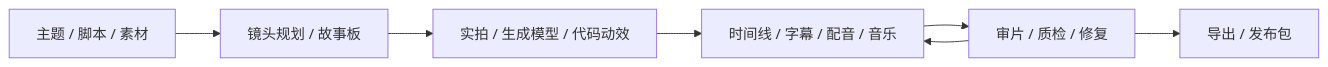
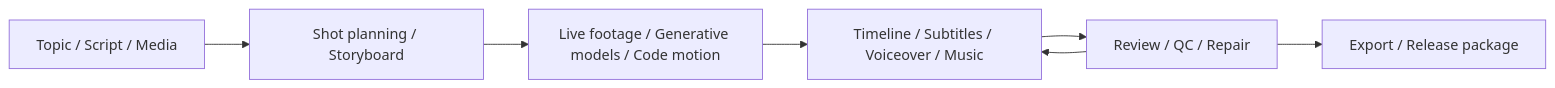
One commit to ZanePoe/awesome_ai_video_creation changed the diagram in README.md. Above: the diagram before and after it, drawn with Mermaid. The commit also changed other lines of this file and 59 other files, not shown here.

````diff
--- a/README.md
+++ b/README.md
@@ -11,9 +11,9 @@
 ```mermaid
 flowchart LR
-    A[主题 / 脚本 / 素材] --> B[镜头规划 / 故事板]
-    B --> C[实拍 / 生成模型 / 代码动效]
-    C --> D[时间线 / 字幕 / 配音 / 音乐]
-    D --> E[审片 / 质检 / 修复]
+    A[Topic / Script / Media] --> B[Shot planning / Storyboard]
+    B --> C[Live footage / Generative models / Code motion]
+    C --> D[Timeline / Subtitles / Voiceover / Music]
+    D --> E[Review / QC / Repair]
     E --> D
-    E --> F[导出 / 发布包]
+    E --> F[Export / Release package]
 ```
````
